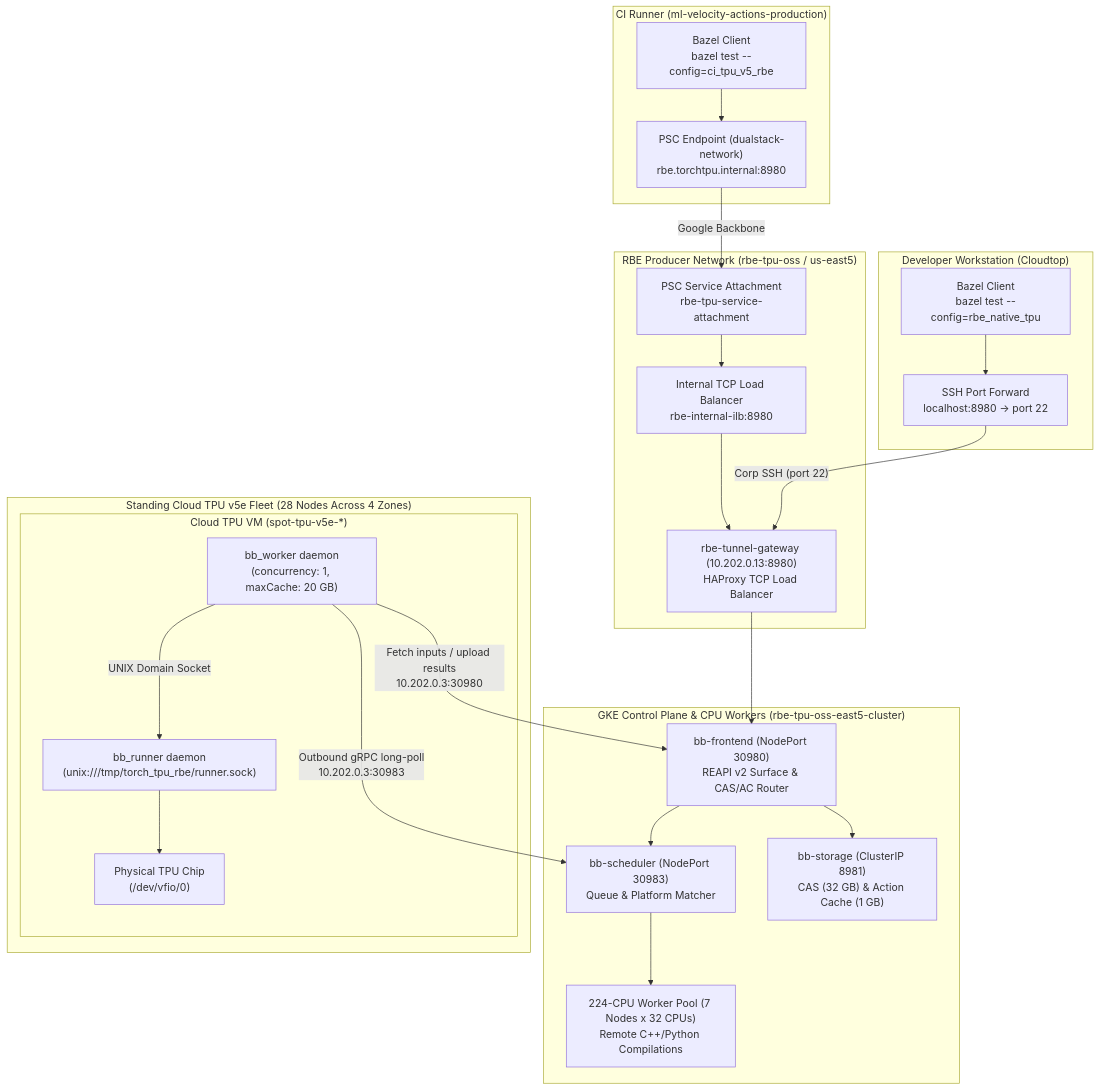
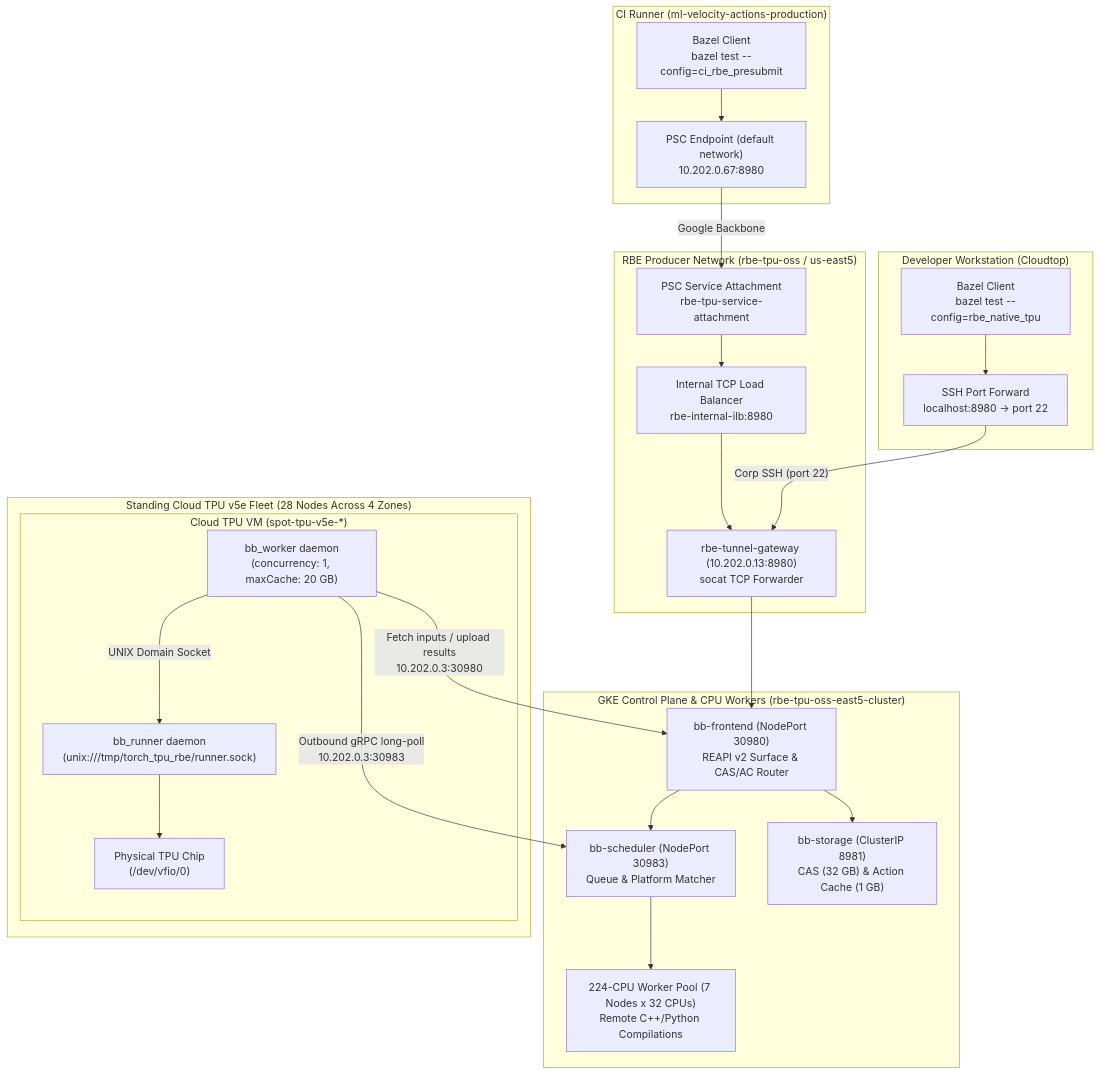
One commit to google-pytorch/torch_tpu changed the diagram in docs/NATIVE_RBE_ARCHITECTURE.md. Above: the diagram before and after it, drawn with Mermaid. The commit also changed other lines of this file and 2 other files, not shown here.

First line of the commit message:
ci: point the RBE config at the PSC endpoint IP and correct the arch doc

````diff
--- a/docs/NATIVE_RBE_ARCHITECTURE.md
+++ b/docs/NATIVE_RBE_ARCHITECTURE.md
@@ -32,50 +32,50 @@
 ```mermaid
 flowchart TD
     subgraph CIRunner ["CI Runner (ml-velocity-actions-production)"]
-        BazelCI["Bazel Client<br/>bazel test --config=ci_tpu_v5_rbe"]
-        PSCEndpoint["PSC Endpoint (dualstack-network)<br/>rbe.torchtpu.internal:8980"]
+        BazelCI["Bazel Client<br/>bazel test --config=ci_rbe_presubmit"]
+        PSCEndpoint["PSC Endpoint (default network)<br/>10.202.0.67:8980"]
         BazelCI --> PSCEndpoint
     end
 
     subgraph DevClient ["Developer Workstation (Cloudtop)"]
         BazelDev["Bazel Client<br/>bazel test --config=rbe_native_tpu"]
         SSHTunnel["SSH Port Forward<br/>localhost:8980 -> port 22"]
         BazelDev --> SSHTunnel
     end
 
     subgraph ProducerVPC ["RBE Producer Network (rbe-tpu-oss / us-east5)"]
         PSCSA["PSC Service Attachment<br/>rbe-tpu-service-attachment"]
         ILB["Internal TCP Load Balancer<br/>rbe-internal-ilb:8980"]
-        GW["rbe-tunnel-gateway (10.202.0.13:8980)<br/>HAProxy TCP Load Balancer"]
-        
+        GW["rbe-tunnel-gateway (10.202.0.13:8980)<br/>socat TCP Forwarder"]
+
         PSCEndpoint -->|"Google Backbone"| PSCSA
         PSCSA --> ILB
         ILB --> GW
         SSHTunnel -->|"Corp SSH (port 22)"| GW
     end
 
     subgraph ControlPlane ["GKE Control Plane & CPU Workers (rbe-tpu-oss-east5-cluster)"]
         FE["bb-frontend (NodePort 30980)<br/>REAPI v2 Surface & CAS/AC Router"]
         SCHED["bb-scheduler (NodePort 30983)<br/>Queue & Platform Matcher"]
         STOR["bb-storage (ClusterIP 8981)<br/>CAS (32 GB) & Action Cache (1 GB)"]
         CPUWorkers["224-CPU Worker Pool (7 Nodes x 32 CPUs)<br/>Remote C++/Python Compilations"]
 
         GW --> FE
         FE --> SCHED
         FE --> STOR
         SCHED --> CPUWorkers
     end
 
     subgraph Fleet ["Standing Cloud TPU v5e Fleet (28 Nodes Across 4 Zones)"]
         subgraph Node ["Cloud TPU VM (spot-tpu-v5e-*)"]
             Worker["bb_worker daemon<br/>(concurrency: 1, maxCache: 20 GB)"]
             Runner["bb_runner daemon<br/>(unix:///tmp/torch_tpu_rbe/runner.sock)"]
             Hardware["Physical TPU Chip<br/>(/dev/vfio/0)"]
 
             Worker -->|"Outbound gRPC long-poll<br/>10.202.0.3:30983"| SCHED
             Worker -->|"Fetch inputs / upload results<br/>10.202.0.3:30980"| FE
             Worker -->|"UNIX Domain Socket"| Runner
             Runner --> Hardware
         end
     end
 ```
````
